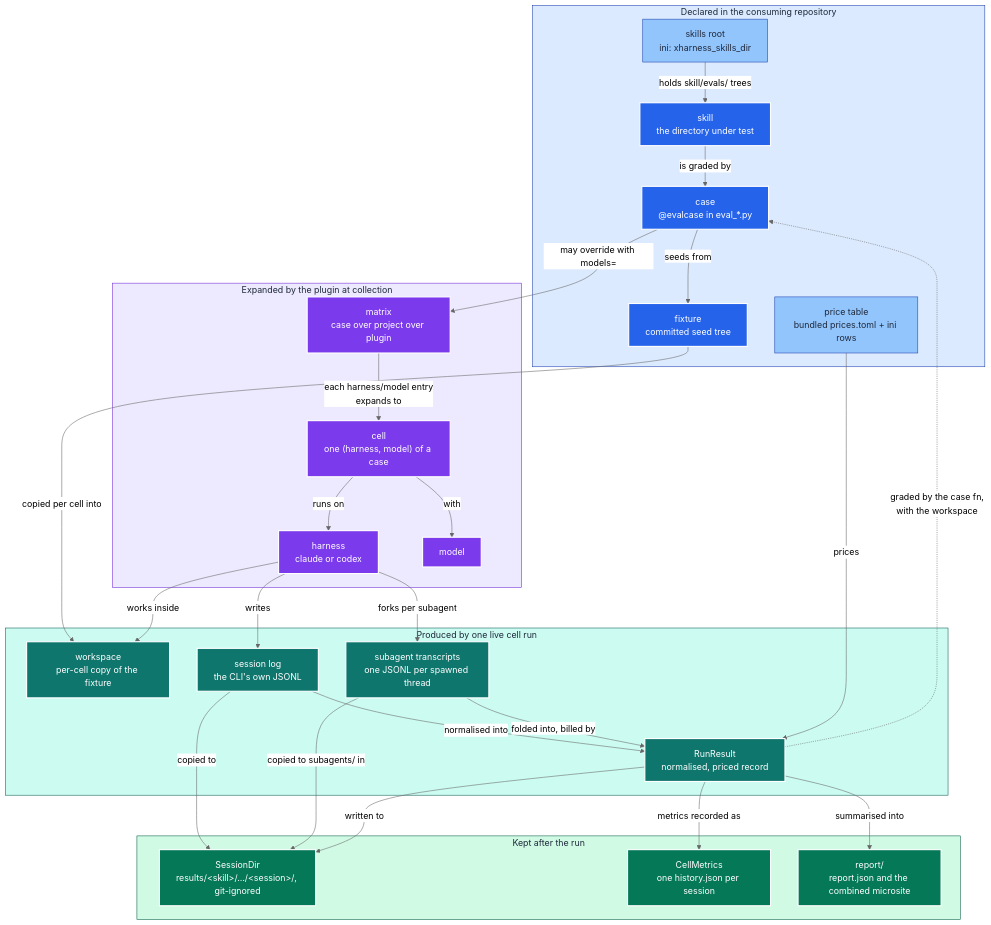
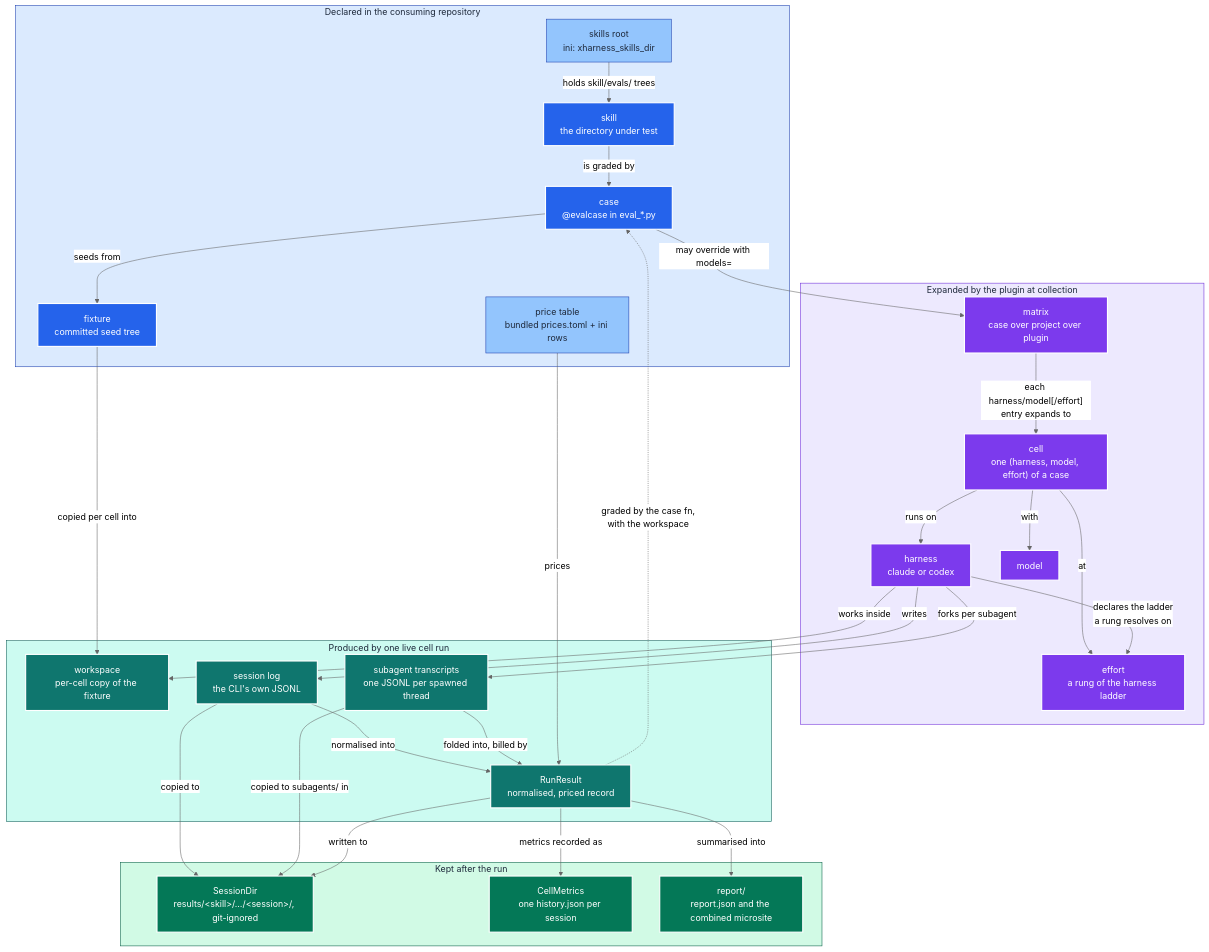
One commit to neozenith/pytest-xharness-eval changed the diagram in GLOSSARY.md. Above: the diagram before and after it, drawn with Mermaid (neutral theme). The commit also changed other lines of this file and 45 other files, not shown here.

First line of the commit message:
Effort is the third matrix axis (ADR 0049) (#6)

````diff
--- a/GLOSSARY.md
+++ b/GLOSSARY.md
@@ -71,65 +74,68 @@
 ```mermaid
 flowchart TB
     subgraph declared["Declared in the consuming repository"]
         ROOT["skills root<br/>ini: xharness_skills_dir"]:::cfg
         SKILL["skill<br/>the directory under test"]:::declare
         CASE["case<br/>@evalcase in eval_*.py"]:::declare
         FIX["fixture<br/>committed seed tree"]:::declare
         PRICES["price table<br/>bundled prices.toml + ini rows"]:::cfg
     end
 
     subgraph expanded["Expanded by the plugin at collection"]
         MATRIX["matrix<br/>case over project over plugin"]:::plan
-        CELL["cell<br/>one (harness, model) of a case"]:::plan
+        CELL["cell<br/>one (harness, model, effort) of a case"]:::plan
         HARNESS["harness<br/>claude or codex"]:::plan
         MODEL["model"]:::plan
+        EFFORT["effort<br/>a rung of the harness ladder"]:::plan
     end
 
     subgraph produced["Produced by one live cell run"]
         WS["workspace<br/>per-cell copy of the fixture"]:::data
         LOG["session log<br/>the CLI's own JSONL"]:::data
         SUB["subagent transcripts<br/>one JSONL per spawned thread"]:::data
         RR["RunResult<br/>normalised, priced record"]:::data
     end
 
     subgraph kept["Kept after the run"]
         CAP["SessionDir<br/>results/&lt;skill&gt;/…/&lt;session&gt;/, git-ignored"]:::out
         HIST["CellMetrics<br/>one history.json per session"]:::out
         REP["report/<br/>report.json and the combined microsite"]:::out
     end
 
     ROOT -->|"holds skill/evals/ trees"| SKILL
     SKILL -->|"is graded by"| CASE
     CASE -->|"seeds from"| FIX
     CASE -->|"may override with models="| MATRIX
-    MATRIX -->|"each harness/model entry<br/>expands to"| CELL
+    MATRIX -->|"each harness/model[/effort]<br/>entry expands to"| CELL
     CELL -->|"runs on"| HARNESS
     CELL -->|"with"| MODEL
+    CELL -->|"at"| EFFORT
+    HARNESS -->|"declares the ladder<br/>a rung resolves on"| EFFORT
     FIX -->|"copied per cell into"| WS
     HARNESS -->|"works inside"| WS
     HARNESS -->|"writes"| LOG
     HARNESS -->|"forks per subagent"| SUB
     LOG -->|"normalised into"| RR
     SUB -->|"folded into, billed by"| RR
     PRICES -->|"prices"| RR
     RR -.->|"graded by the case fn,<br/>with the workspace"| CASE
     LOG -->|"copied to"| CAP
     SUB -->|"copied to subagents/ in"| CAP
     RR -->|"written to"| CAP
     RR -->|"metrics recorded as"| HIST
     RR -->|"summarised into"| REP
 
     classDef declare fill:#2563eb,stroke:#fff,color:#fff,stroke-width:2px
     classDef cfg     fill:#93c5fd,stroke:#1e40af,color:#1e293b,stroke-width:1px
     classDef plan    fill:#7c3aed,stroke:#fff,color:#fff,stroke-width:2px
     classDef data    fill:#0f766e,stroke:#fff,color:#fff,stroke-width:2px
     classDef out     fill:#047857,stroke:#fff,color:#fff,stroke-width:2px
     classDef sgDeclare  fill:#dbeafe,stroke:#1e40af,color:#1e293b
     classDef sgExpand   fill:#ede9fe,stroke:#6d28d9,color:#1e293b
     classDef sgProduced fill:#ccfbf1,stroke:#115e59,color:#1e293b
     classDef sgKept     fill:#d1fae5,stroke:#065f46,color:#1e293b
     class declared sgDeclare
     class expanded sgExpand
     class produced sgProduced
     class kept sgKept
 ```
````
